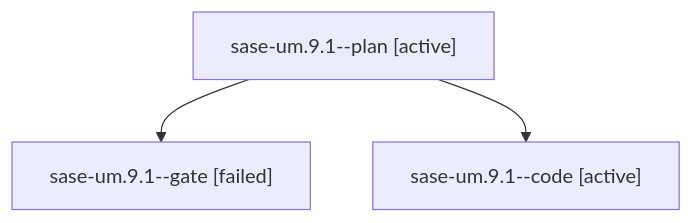
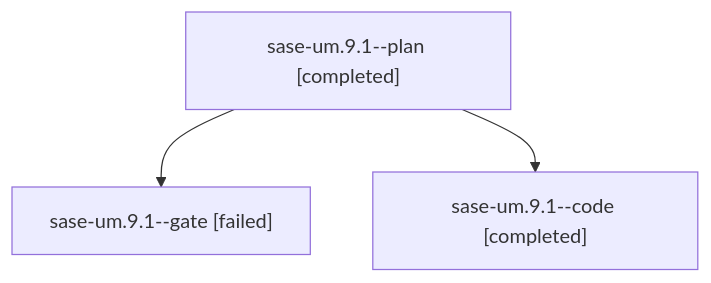
Before and after one commit to sase-org/sase--agents: the diagram in families/bbugyi200.athena.sase-um.9.1.md, drawn with Mermaid. The commit also changed other lines of this file and 185 other files, not shown here.

````diff
--- a/families/bbugyi200.athena.sase-um.9.1.md
+++ b/families/bbugyi200.athena.sase-um.9.1.md
@@ -9,8 +9,8 @@
 ```mermaid
 flowchart TD
-  n0["sase-um.9.1--plan [active]"]
+  n0["sase-um.9.1--plan [completed]"]
   n1["sase-um.9.1--gate [failed]"]
   n0 --> n1
-  n2["sase-um.9.1--code [active]"]
+  n2["sase-um.9.1--code [completed]"]
   n0 --> n2
 ```
````
